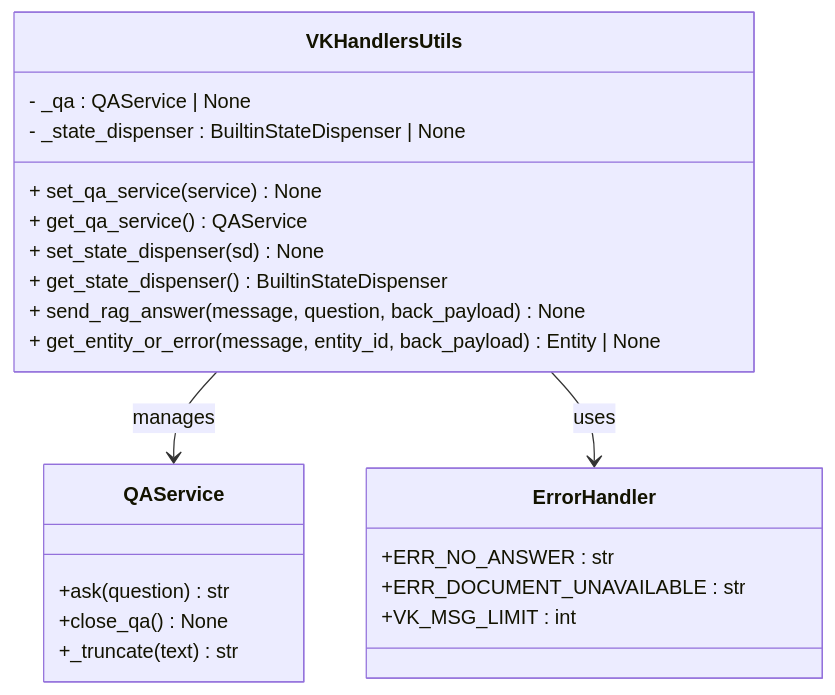
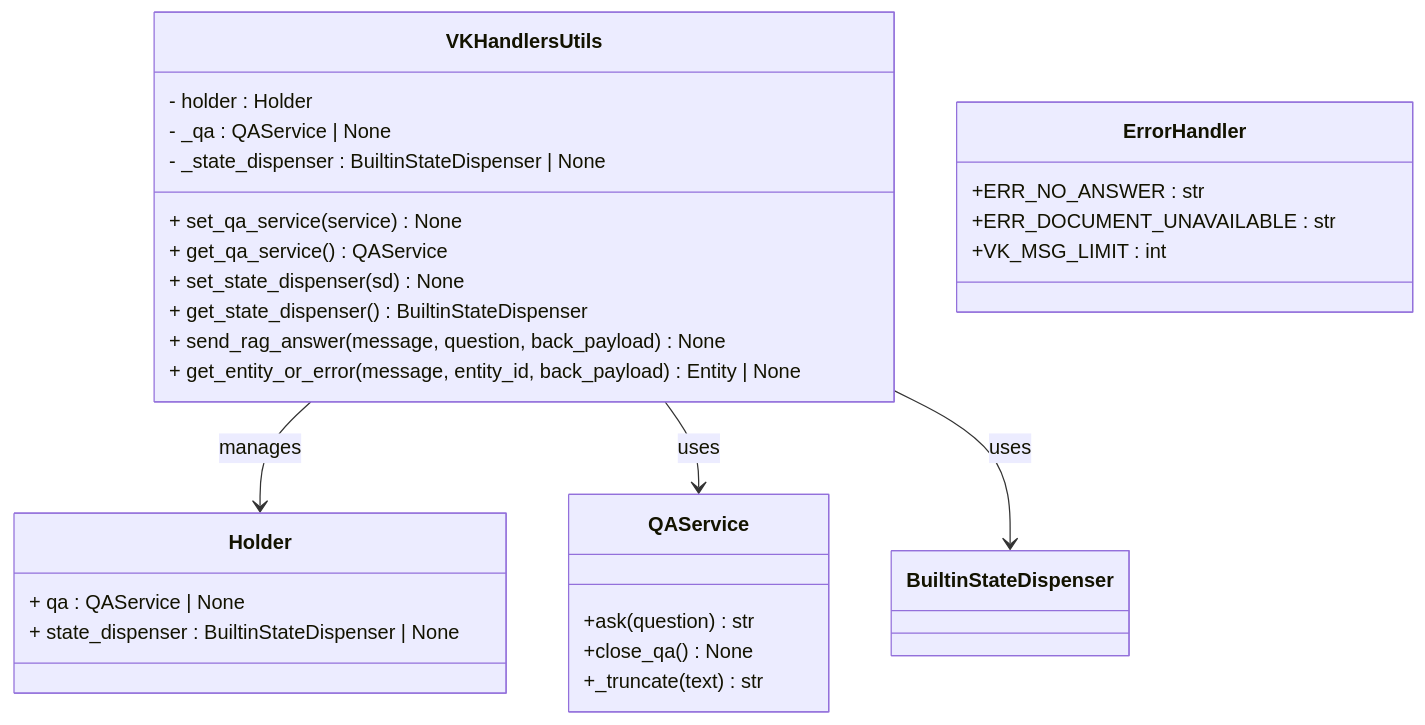
Before and after one commit to ognelis/cafetera_hr_bot: the fourth of 12 diagrams in .qoder/repowiki/en/content/VK Integration/VK Integration.md, drawn with Mermaid. The commit also changed other lines of this file and 14 other files, not shown here.

````diff
--- a/.qoder/repowiki/en/content/VK Integration/VK Integration.md
+++ b/.qoder/repowiki/en/content/VK Integration/VK Integration.md
@@ -222,25 +318,31 @@
 ```mermaid
 classDiagram
 class VKHandlersUtils {
+- holder : Holder
 - _qa : QAService | None
 - _state_dispenser : BuiltinStateDispenser | None
 + set_qa_service(service) None
 + get_qa_service() QAService
 + set_state_dispenser(sd) None
 + get_state_dispenser() BuiltinStateDispenser
 + send_rag_answer(message, question, back_payload) None
 + get_entity_or_error(message, entity_id, back_payload) Entity | None
+}
+class Holder {
++ qa : QAService | None
++ state_dispenser : BuiltinStateDispenser | None
 }
 class QAService {
 +ask(question) str
 +close_qa() None
 +_truncate(text) str
 }
 class ErrorHandler {
 +ERR_NO_ANSWER : str
 +ERR_DOCUMENT_UNAVAILABLE : str
 +VK_MSG_LIMIT : int
 }
-VKHandlersUtils --> QAService : manages
-VKHandlersUtils --> ErrorHandler : uses
+VKHandlersUtils --> Holder : manages
+VKHandlersUtils --> QAService : uses
+VKHandlersUtils --> BuiltinStateDispenser : uses
 ```
````
